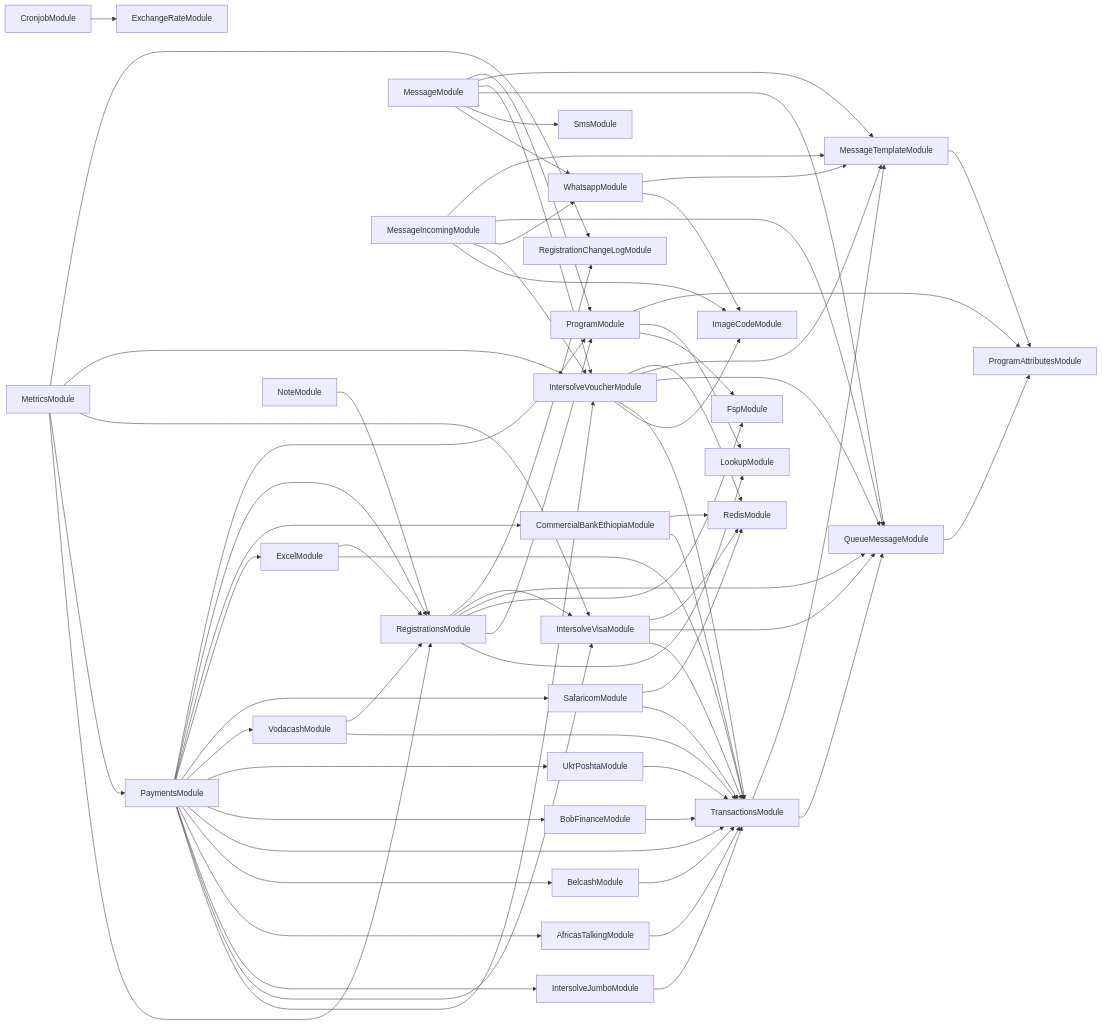
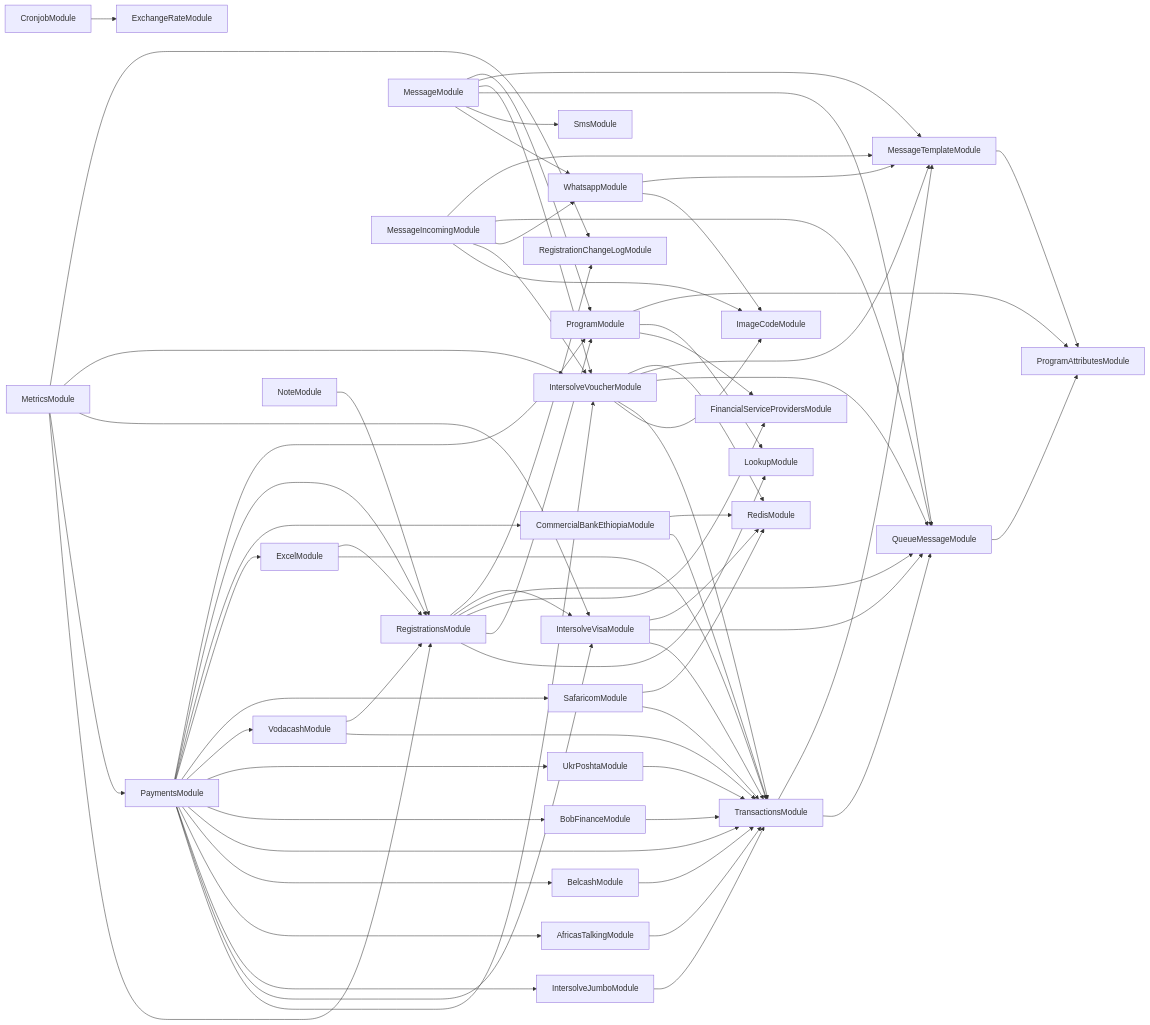
One commit to global-121/121-platform changed the diagram in services/121-service/module-dependencies.md. Above: the diagram before and after it, drawn with Mermaid. The commit also changed 85 other files, not shown here.

Commit message:
chore WIP rename FSP to FinancialServiceProvider etc.

````diff
--- a/services/121-service/module-dependencies.md
+++ b/services/121-service/module-dependencies.md
@@ -3,71 +3,71 @@
 ```mermaid
 graph LR
-  ProgramModule-->FspModule
+  ProgramModule-->FinancialServiceProvidersModule
   ProgramModule-->LookupModule
   ProgramModule-->ProgramAttributesModule
   MessageTemplateModule-->ProgramAttributesModule
   CronjobModule-->ExchangeRateModule
   RegistrationsModule-->LookupModule
   RegistrationsModule-->ProgramModule
-  RegistrationsModule-->FspModule
+  RegistrationsModule-->FinancialServiceProvidersModule
   RegistrationsModule-->QueueMessageModule
   QueueMessageModule-->ProgramAttributesModule
   RegistrationsModule-->IntersolveVisaModule
   IntersolveVisaModule-->TransactionsModule
   TransactionsModule-->QueueMessageModule
   TransactionsModule-->MessageTemplateModule
   IntersolveVisaModule-->QueueMessageModule
   IntersolveVisaModule-->RedisModule
   RegistrationsModule-->RegistrationChangeLogModule
   MessageModule-->WhatsappModule
   WhatsappModule-->ImageCodeModule
   WhatsappModule-->MessageTemplateModule
   MessageModule-->SmsModule
   MessageModule-->QueueMessageModule
   MessageModule-->IntersolveVoucherModule
   IntersolveVoucherModule-->ImageCodeModule
   IntersolveVoucherModule-->TransactionsModule
   IntersolveVoucherModule-->QueueMessageModule
   IntersolveVoucherModule-->MessageTemplateModule
   IntersolveVoucherModule-->RedisModule
   MessageModule-->MessageTemplateModule
   MessageModule-->ProgramModule
   MetricsModule-->RegistrationsModule
   MetricsModule-->PaymentsModule
   PaymentsModule-->IntersolveVoucherModule
   PaymentsModule-->IntersolveVisaModule
   PaymentsModule-->IntersolveJumboModule
   IntersolveJumboModule-->TransactionsModule
   PaymentsModule-->AfricasTalkingModule
   AfricasTalkingModule-->TransactionsModule
   PaymentsModule-->BelcashModule
   BelcashModule-->TransactionsModule
   PaymentsModule-->TransactionsModule
   PaymentsModule-->BobFinanceModule
   BobFinanceModule-->TransactionsModule
   PaymentsModule-->UkrPoshtaModule
   UkrPoshtaModule-->TransactionsModule
   PaymentsModule-->VodacashModule
   VodacashModule-->TransactionsModule
   VodacashModule-->RegistrationsModule
   PaymentsModule-->SafaricomModule
   SafaricomModule-->TransactionsModule
   SafaricomModule-->RedisModule
   PaymentsModule-->ExcelModule
   ExcelModule-->TransactionsModule
   ExcelModule-->RegistrationsModule
   PaymentsModule-->CommercialBankEthiopiaModule
   CommercialBankEthiopiaModule-->TransactionsModule
   CommercialBankEthiopiaModule-->RedisModule
   PaymentsModule-->RegistrationsModule
   PaymentsModule-->ProgramModule
   MetricsModule-->IntersolveVisaModule
   MetricsModule-->IntersolveVoucherModule
   MetricsModule-->RegistrationChangeLogModule
   MessageIncomingModule-->ImageCodeModule
   MessageIncomingModule-->IntersolveVoucherModule
   MessageIncomingModule-->WhatsappModule
   MessageIncomingModule-->QueueMessageModule
   MessageIncomingModule-->MessageTemplateModule
   NoteModule-->RegistrationsModule
 ```
````
